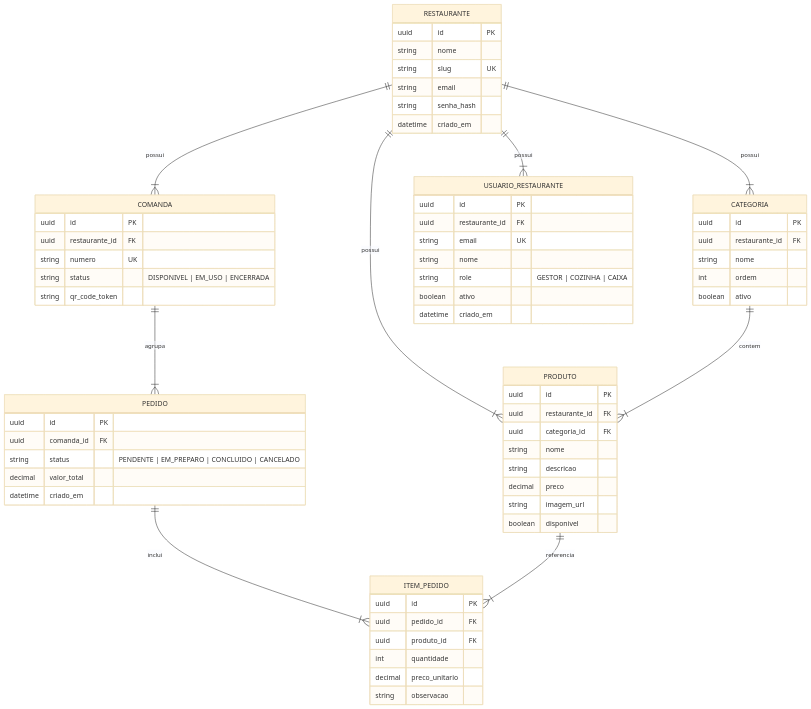
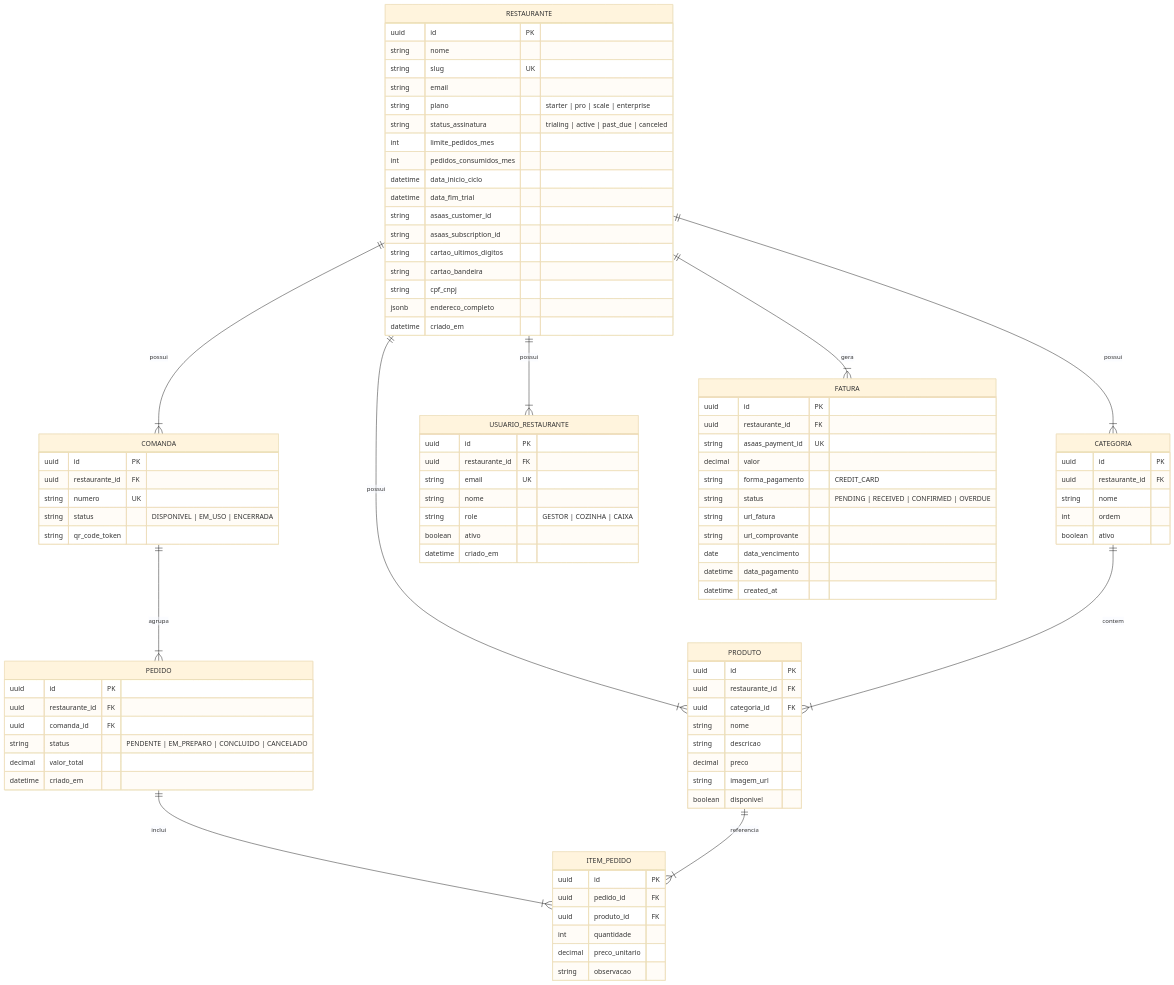
Before and after one commit to victorvieiradev/saas-restaurante: the diagram in _bmad-output/planning-artifacts/prd/prd.md, drawn with Mermaid (base theme). The commit also changed other lines of this file and 9 other files, not shown here.

```diff
--- a/_bmad-output/planning-artifacts/prd/prd.md
+++ b/_bmad-output/planning-artifacts/prd/prd.md
@@ -129,6 +150,7 @@
     RESTAURANTE ||--|{ COMANDA : possui
     RESTAURANTE ||--|{ PRODUTO : possui
     RESTAURANTE ||--|{ USUARIO_RESTAURANTE : possui
+    RESTAURANTE ||--|{ FATURA : gera
     CATEGORIA ||--|{ PRODUTO : contem
     COMANDA ||--|{ PEDIDO : agrupa
     PEDIDO ||--|{ ITEM_PEDIDO : inclui
@@ -139,8 +161,33 @@
         string nome
         string slug UK
         string email
-        string senha_hash
+        string plano "starter | pro | scale | enterprise"
+        string status_assinatura "trialing | active | past_due | canceled"
+        int limite_pedidos_mes
+        int pedidos_consumidos_mes
+        datetime data_inicio_ciclo
+        datetime data_fim_trial
+        string asaas_customer_id
+        string asaas_subscription_id
+        string cartao_ultimos_digitos
+        string cartao_bandeira
+        string cpf_cnpj
+        jsonb endereco_completo
         datetime criado_em
+    }
+
+    FATURA {
+        uuid id PK
+        uuid restaurante_id FK
+        string asaas_payment_id UK
+        decimal valor
+        string forma_pagamento "CREDIT_CARD"
+        string status "PENDING | RECEIVED | CONFIRMED | OVERDUE"
+        string url_fatura
+        string url_comprovante
+        date data_vencimento
+        datetime data_pagamento
+        datetime created_at
     }
 
     USUARIO_RESTAURANTE {
@@ -182,6 +229,7 @@
 
     PEDIDO {
         uuid id PK
+        uuid restaurante_id FK
         uuid comanda_id FK
         string status "PENDENTE | EM_PREPARO | CONCLUIDO | CANCELADO"
         decimal valor_total
```
